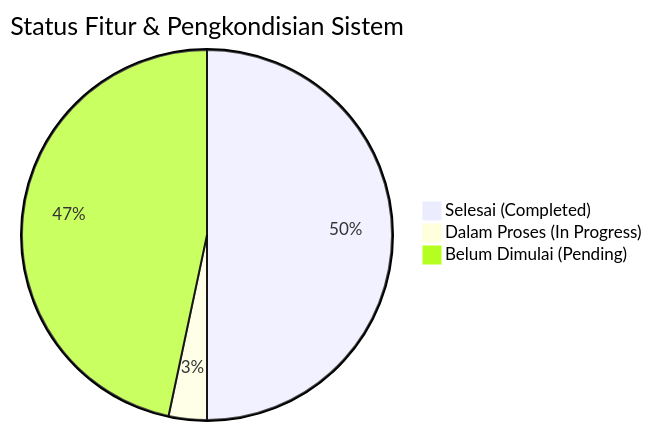
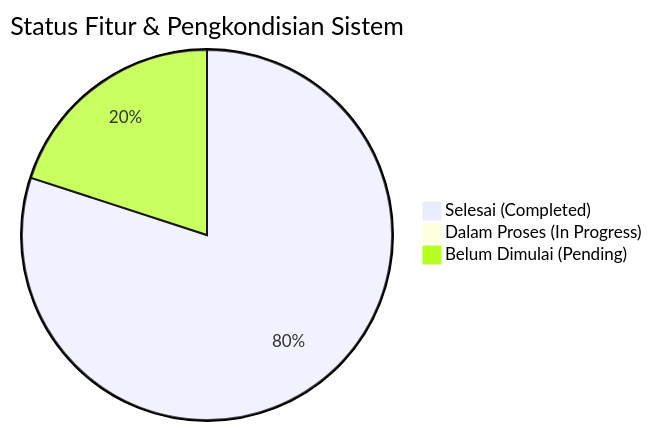
One commit to 4lliiifffff/pengembangan-presensi-pkbmpikat changed the diagram in docs/progress_pengembangan_sistem_presensi.md. Above: the diagram before and after it, drawn with Mermaid. The commit also changed other lines of this file and 31 other files, not shown here.

````diff
--- a/docs/progress_pengembangan_sistem_presensi.md
+++ b/docs/progress_pengembangan_sistem_presensi.md
@@ -12,6 +12,6 @@
 ```mermaid
 pie title Status Fitur & Pengkondisian Sistem
-    "Selesai (Completed)" : 15
-    "Dalam Proses (In Progress)" : 1
-    "Belum Dimulai (Pending)" : 14
+    "Selesai (Completed)" : 24
+    "Dalam Proses (In Progress)" : 0
+    "Belum Dimulai (Pending)" : 6
 ```
````
